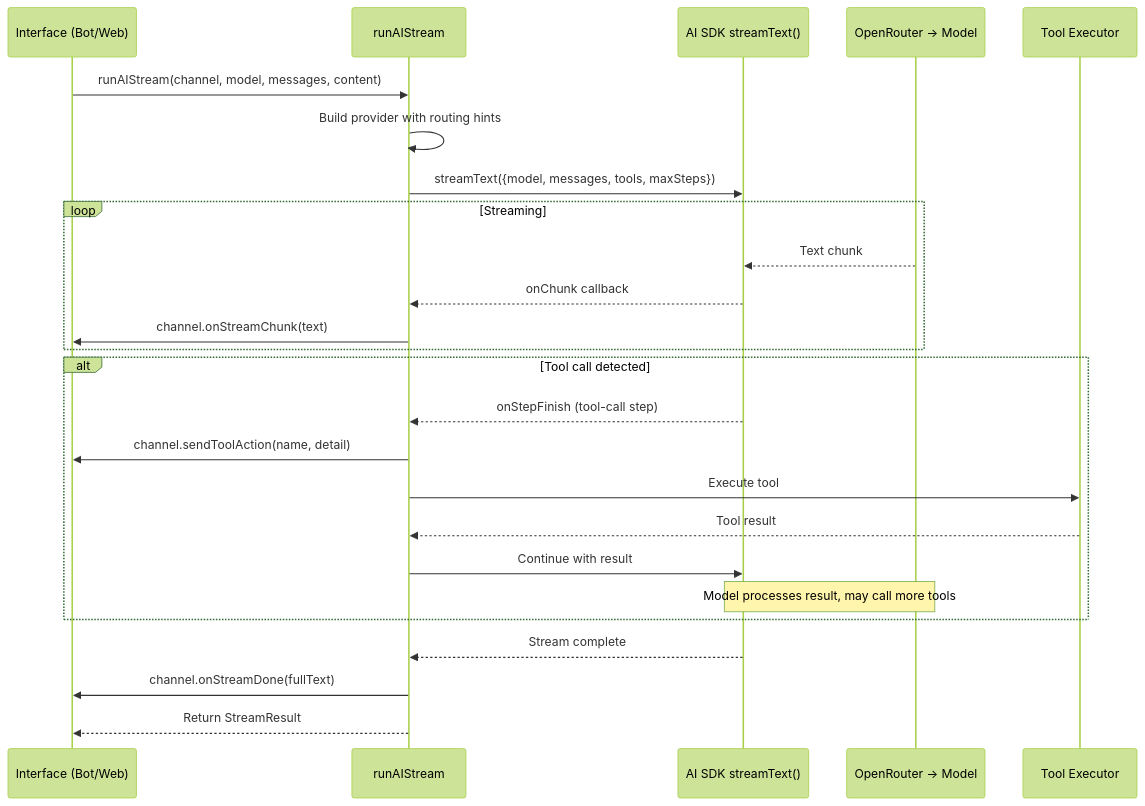
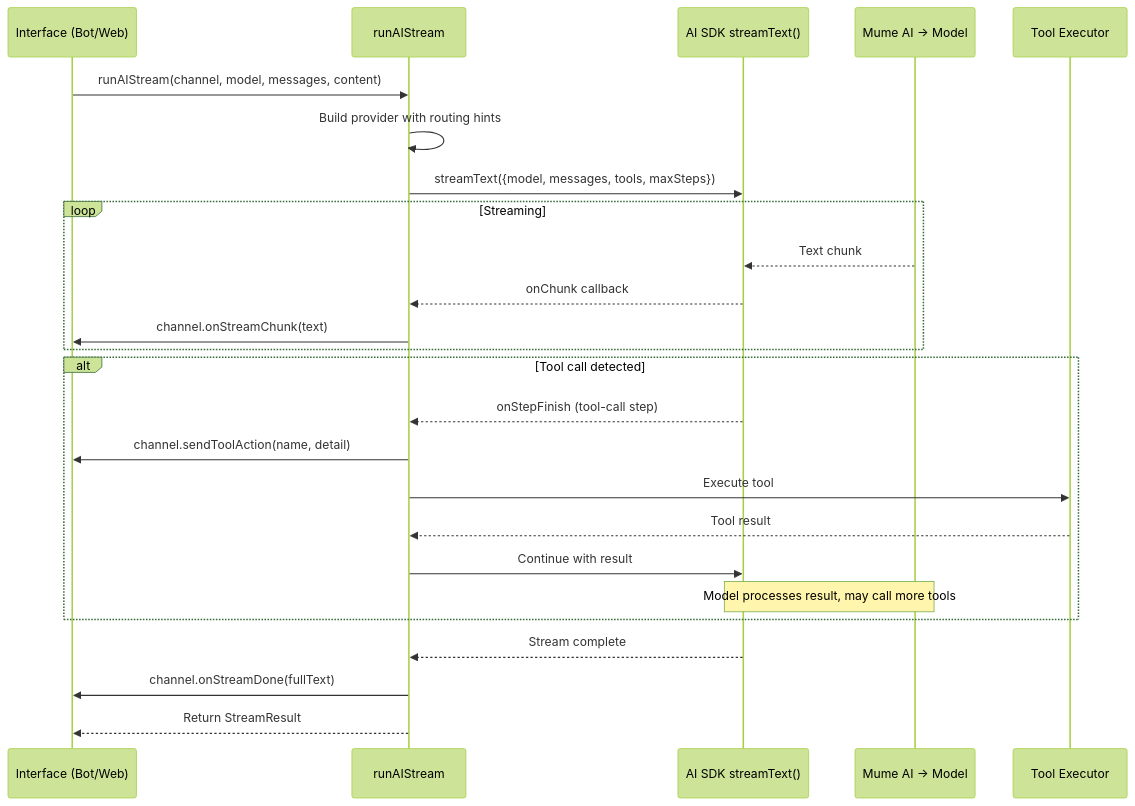
The third of 13 diagrams in ARCHITECTURE.md (muse-mesh/phoebe), drawn with Mermaid (forest theme) before and after one commit. The commit also changed other lines of this file and 8 other files, not shown here.

````diff
--- a/ARCHITECTURE.md
+++ b/ARCHITECTURE.md
@@ -199,31 +199,31 @@
 ```mermaid
 sequenceDiagram
     participant Caller as Interface (Bot/Web)
     participant Engine as runAIStream
     participant SDK as AI SDK streamText()
-    participant Model as OpenRouter → Model
+    participant Model as Mume AI → Model
     participant Tools as Tool Executor
 
     Caller->>Engine: runAIStream(channel, model, messages, content)
     Engine->>Engine: Build provider with routing hints
     Engine->>SDK: streamText({model, messages, tools, maxSteps})
 
     loop Streaming
         Model-->>SDK: Text chunk
         SDK-->>Engine: onChunk callback
         Engine->>Caller: channel.onStreamChunk(text)
     end
 
     alt Tool call detected
         SDK-->>Engine: onStepFinish (tool-call step)
         Engine->>Caller: channel.sendToolAction(name, detail)
         Engine->>Tools: Execute tool
         Tools-->>Engine: Tool result
         Engine->>SDK: Continue with result
         Note over SDK,Model: Model processes result, may call more tools
     end
 
     SDK-->>Engine: Stream complete
     Engine->>Caller: channel.onStreamDone(fullText)
     Engine-->>Caller: Return StreamResult
 ```
````
